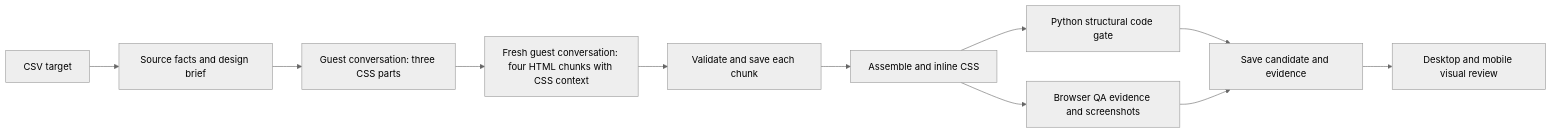
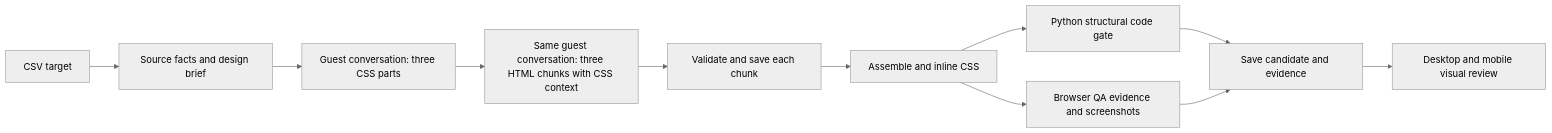
The diagram in chatgpt_automation/README.md (hometownredesignsites/git-content), drawn with Mermaid (neutral theme) before and after one commit. The commit also changed other lines of this file and 11 other files, not shown here.

Commit message:
Use one chat for three CSS and three HTML chunks

````diff
--- a/chatgpt_automation/README.md
+++ b/chatgpt_automation/README.md
@@ -5,13 +5,13 @@
 ```mermaid
 flowchart LR
   A[CSV target] --> B[Source facts and design brief]
   B --> C[Guest conversation: three CSS parts]
-  C --> D[Fresh guest conversation: four HTML chunks with CSS context]
+  C --> D[Same guest conversation: three HTML chunks with CSS context]
   D --> E[Validate and save each chunk]
   E --> F[Assemble and inline CSS]
   F --> G[Python structural code gate]
   F --> H[Browser QA evidence and screenshots]
   G --> I[Save candidate and evidence]
   H --> I
   I --> J[Desktop and mobile visual review]
 ```
````
